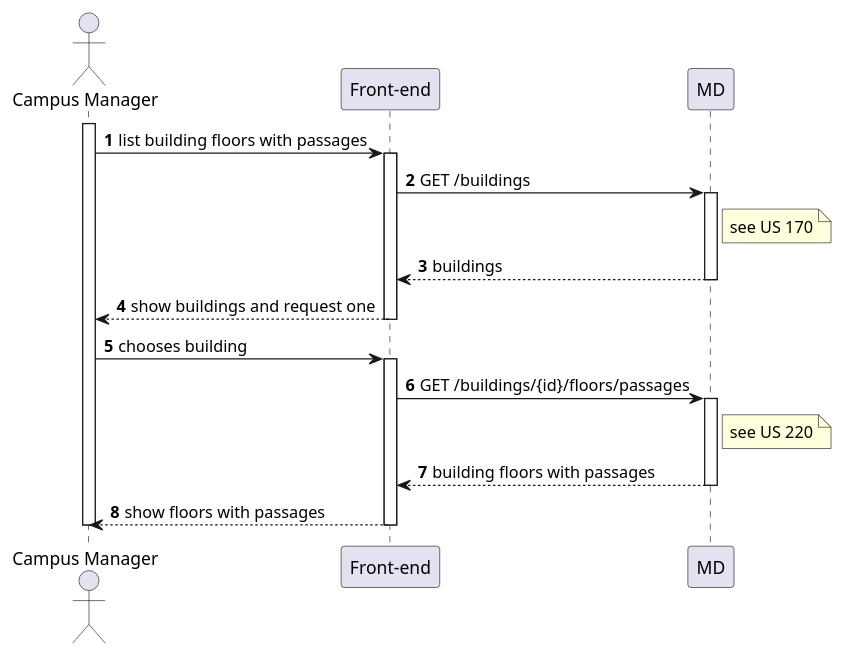
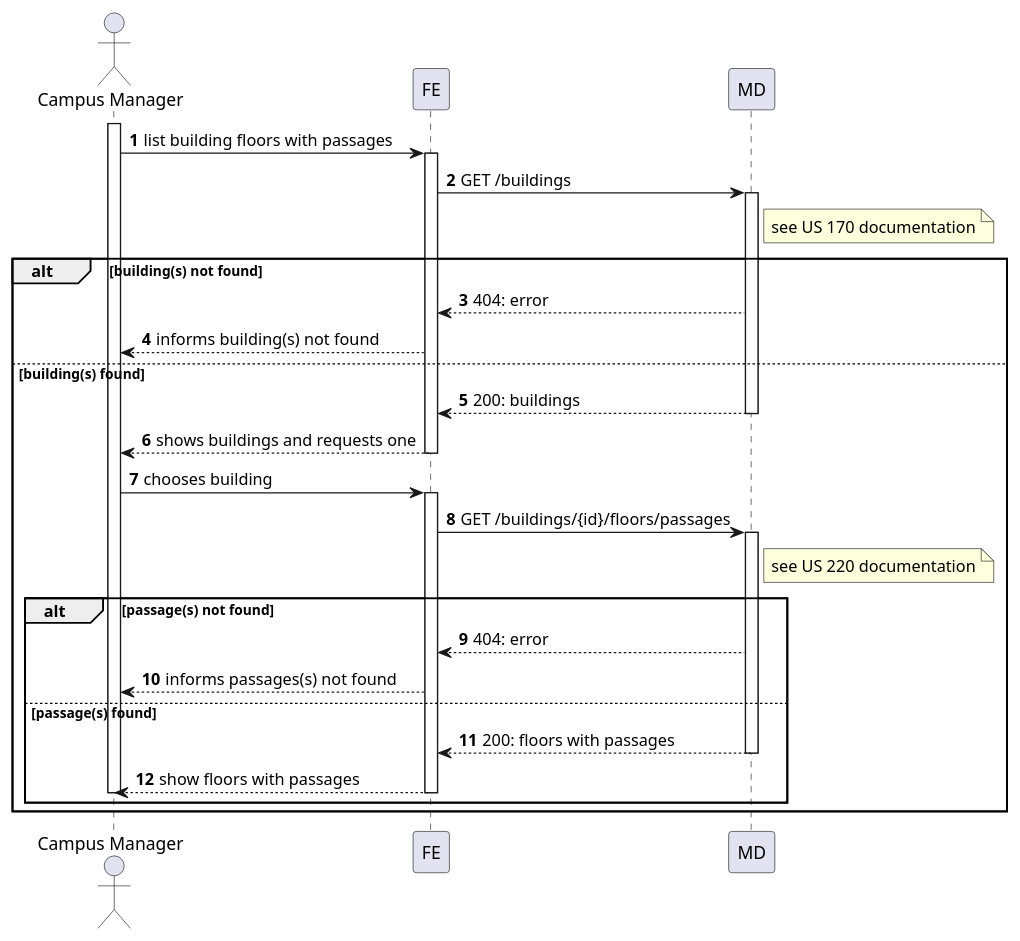
Before and after one commit to Departamento-de-Engenharia-Informatica/lapr5-23-24-g19: the diagram in docs/us1200/level2/process-view.puml, drawn with PlantUML. The commit also changed 13 other files, not shown here.

```diff
--- a/docs/us1200/level2/process-view.puml
+++ b/docs/us1200/level2/process-view.puml
@@ -1,33 +1,52 @@
 @startuml
 autonumber
 
 actor "Campus Manager" as usr
 
-participant "Front-end" as ui
+participant "FE" as ui
 participant "MD" as md
 
 activate usr
     usr -> ui : list building floors with passages
     activate ui
-        ui -> md : GET /buildings
-        activate md
-            note right of md : see US 170
-            md --> ui : buildings
-        deactivate md
 
-        ui --> usr : show buildings and request one
-    deactivate ui
+            ui -> md : GET /buildings
+            note right of md : see US 170 documentation
+            alt building(s) not found
+                activate md
+
+                    md --> ui : 404: error
+
+                ui --> usr : informs building(s) not found
+
+            else building(s) found
+                md --> ui : 200: buildings
+
+                deactivate md
+                ui --> usr : shows buildings and requests one
+        deactivate ui
+
 
     usr -> ui : chooses building
     activate ui
         ui -> md : GET /buildings/{id}/floors/passages
+        note right of md : see US 220 documentation
+        alt passage(s) not found
+
         activate md
-            note right of md : see US 220
-            md --> ui : building floors with passages
+                        md --> ui: 404: error
+
+                    ui --> usr : informs passages(s) not found
+
+        else passage(s) found
+
+
+            md --> ui : 200: floors with passages
         deactivate md
 
         ui --> usr : show floors with passages
     deactivate ui
 deactivate usr
-
+end
+end
 @enduml
```
